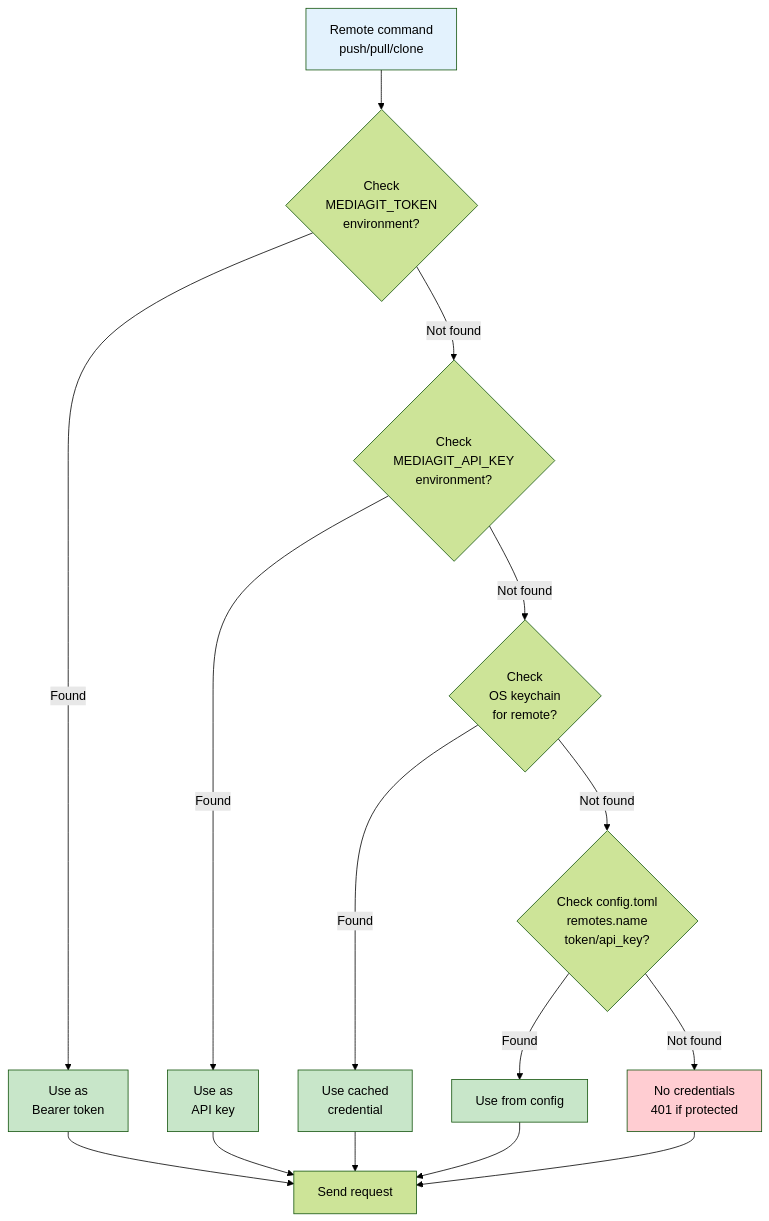
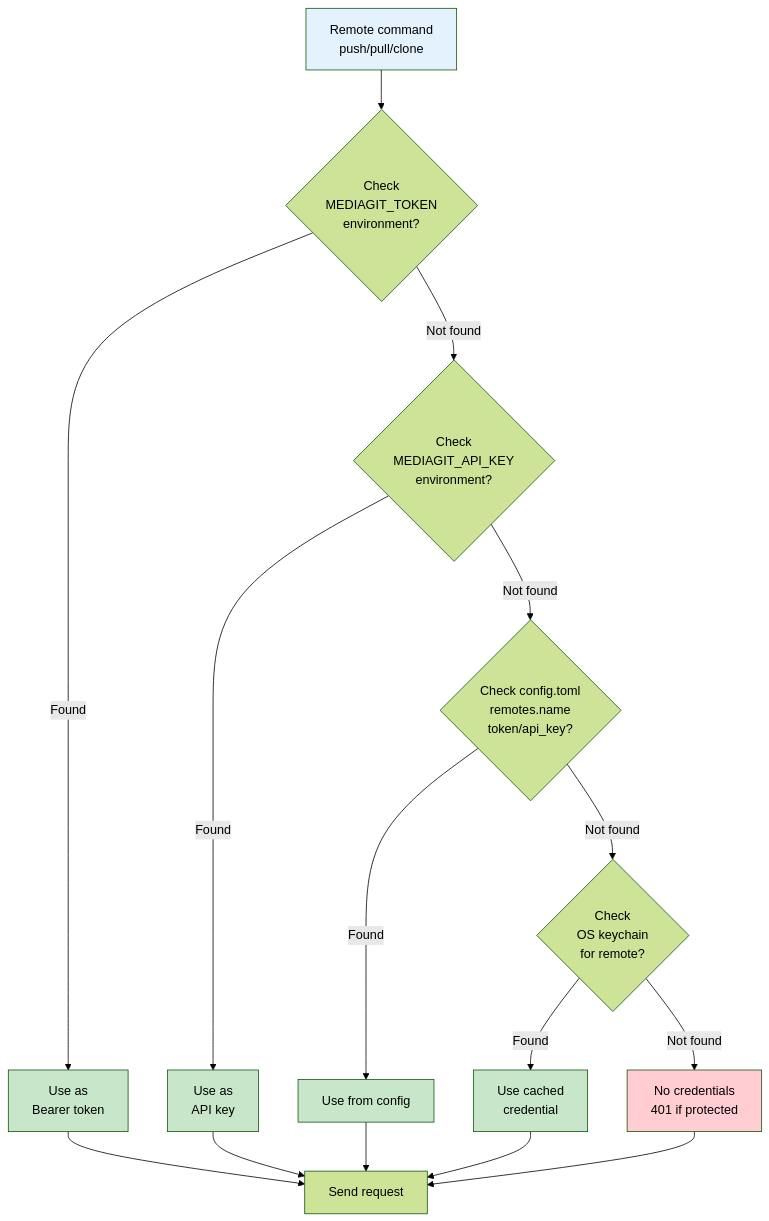
Before and after one commit to winnyboy5/mediagit-core: the first of 2 diagrams in book/src/configuration.md, drawn with Mermaid (forest theme). The commit also changed 65 other files, not shown here.

````diff
--- a/book/src/configuration.md
+++ b/book/src/configuration.md
@@ -9,25 +9,25 @@
 ```mermaid
 flowchart TD
     A["Remote command<br/>push/pull/clone"] --> B{"Check<br/>MEDIAGIT_TOKEN<br/>environment?"}
     B -->|Found| C["Use as<br/>Bearer token"]
     B -->|Not found| D{"Check<br/>MEDIAGIT_API_KEY<br/>environment?"}
     D -->|Found| E["Use as<br/>API key"]
-    D -->|Not found| F{"Check<br/>OS keychain<br/>for remote?"}
+    D -->|Not found| H{"Check config.toml<br/>remotes.name<br/>token/api_key?"}
+    H -->|Found| I["Use from config"]
+    H -->|Not found| F{"Check<br/>OS keychain<br/>for remote?"}
     F -->|Found| G["Use cached<br/>credential"]
-    F -->|Not found| H{"Check config.toml<br/>remotes.name<br/>token/api_key?"}
-    H -->|Found| I["Use from config"]
-    H -->|Not found| J["No credentials<br/>401 if protected"]
+    F -->|Not found| J["No credentials<br/>401 if protected"]
     
     C --> K["Send request"]
     E --> K
     G --> K
     I --> K
     J --> K
     
     style A fill:#e3f2fd
     style C fill:#c8e6c9
     style E fill:#c8e6c9
     style G fill:#c8e6c9
     style I fill:#c8e6c9
     style J fill:#ffcdd2
 ```
````
